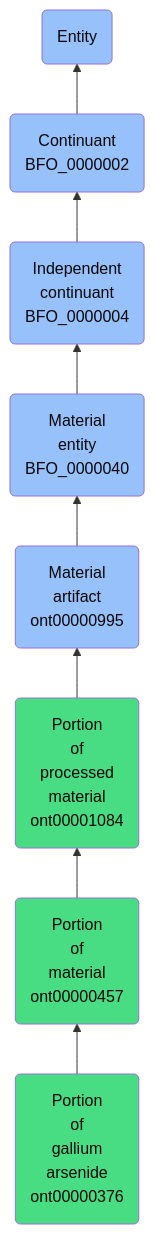
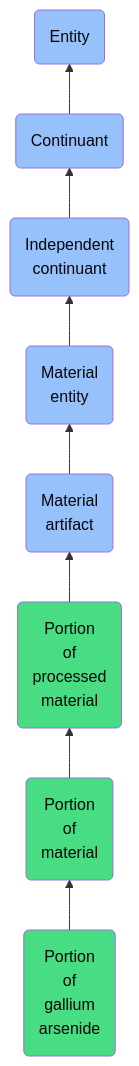
The diagram in docs/ontology/reference/model/Entity/Continuant/Independent continuant/Material entity/Material artifact/Portion of processed material/Portion of material/Portion of gallium arsenide/Portion of gallium arsenide.md (jupyter-naas/abi), drawn with Mermaid before and after one commit. The commit also changed other lines of this file and 1430 other files, not shown here.

````diff
--- a/docs/ontology/reference/model/Entity/Continuant/Independent continuant/Material entity/Material artifact/Portion of processed material/Portion of material/Portion of gallium arsenide/Portion of gallium arsenide.md
+++ b/docs/ontology/reference/model/Entity/Continuant/Independent continuant/Material entity/Material artifact/Portion of processed material/Portion of material/Portion of gallium arsenide/Portion of gallium arsenide.md
@@ -24,15 +24,15 @@
 ```mermaid
 graph BT
-    ont00000376(Portion<br>of<br>gallium<br>arsenide<br>ont00000376):::ABI-->ont00000457
-    ont00000457(Portion<br>of<br>material<br>ont00000457):::ABI-->ont00001084
-    ont00001084(Portion<br>of<br>processed<br>material<br>ont00001084):::ABI-->ont00000995
-    ont00000995(Material<br>artifact<br>ont00000995):::BFO-->BFO_0000040
-    BFO_0000040(Material<br>entity<br>BFO_0000040):::BFO-->BFO_0000004
-    BFO_0000004(Independent<br>continuant<br>BFO_0000004):::BFO-->BFO_0000002
-    BFO_0000002(Continuant<br>BFO_0000002):::BFO-->BFO_0000001
+    ont00000376(Portion<br>of<br>gallium<br>arsenide):::ABI-->ont00000457
+    ont00000457(Portion<br>of<br>material):::ABI-->ont00001084
+    ont00001084(Portion<br>of<br>processed<br>material):::ABI-->ont00000995
+    ont00000995(Material<br>artifact):::BFO-->BFO_0000040
+    BFO_0000040(Material<br>entity):::BFO-->BFO_0000004
+    BFO_0000004(Independent<br>continuant):::BFO-->BFO_0000002
+    BFO_0000002(Continuant):::BFO-->BFO_0000001
     BFO_0000001(Entity):::BFO
     
     classDef BFO fill:#97c1fb,color:#060606
     classDef CCO fill:#e4c51e,color:#060606
     classDef ABI fill:#48DD82,color:#060606
 ```
````
